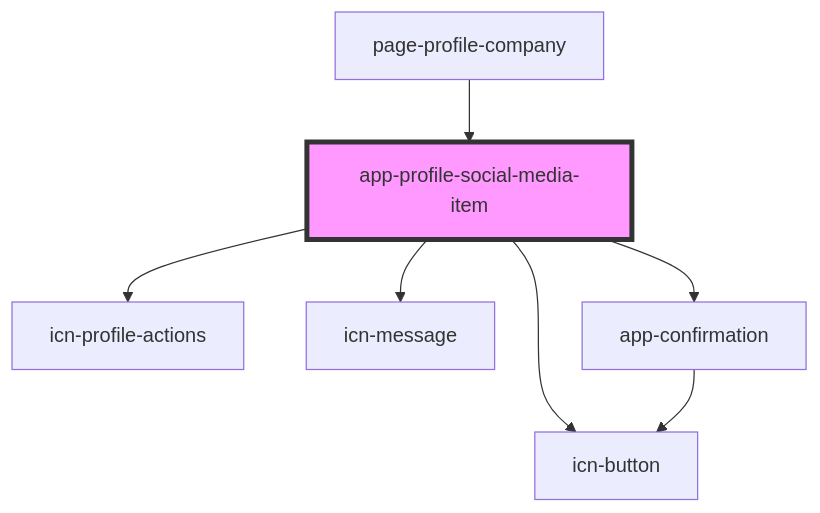
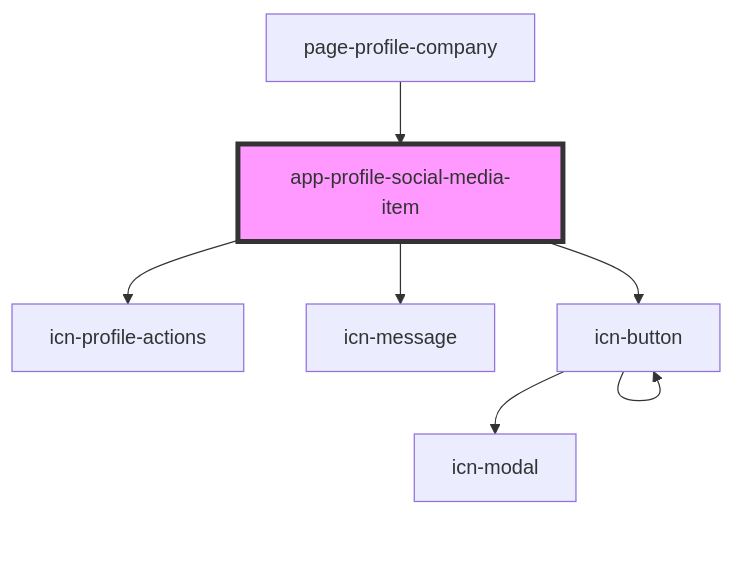
Before and after one commit to lokheed/IconEventNetwork.Web: the diagram in iconeventnetwork-web/src/components/app-profile-social-media-item/readme.md, drawn with Mermaid. The commit also changed other lines of this file and 38 other files, not shown here.

First line of the commit message:
Implemented icn-modal

````diff
--- a/iconeventnetwork-web/src/components/app-profile-social-media-item/readme.md
+++ b/iconeventnetwork-web/src/components/app-profile-social-media-item/readme.md
@@ -38,10 +37,10 @@
 ```mermaid
 graph TD;
   app-profile-social-media-item --> icn-profile-actions
   app-profile-social-media-item --> icn-message
   app-profile-social-media-item --> icn-button
-  app-profile-social-media-item --> app-confirmation
-  app-confirmation --> icn-button
+  icn-button --> icn-modal
+  icn-button --> icn-button
   page-profile-company --> app-profile-social-media-item
   style app-profile-social-media-item fill:#f9f,stroke:#333,stroke-width:4px
 ```
````
